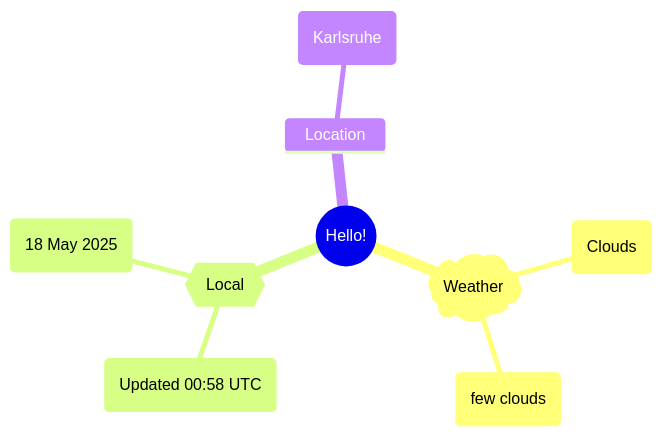
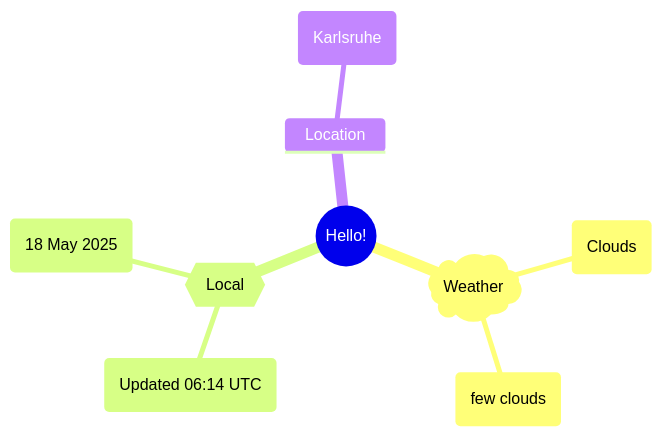
Before and after one commit to Xosrov/Xosrov: the first of 2 diagrams in README.md, drawn with Mermaid.

Commit message:
[bot] updated images

````diff
--- a/README.md
+++ b/README.md
@@ -3,12 +3,12 @@
 ```mermaid
 mindmap
   root((Hello!))
     )Weather(
         (Clouds)
         (few clouds)
     {{Local}}
-        (Updated 00:58 UTC)
+        (Updated 06:14 UTC)
         (18 May 2025)
     Location
         (Karlsruhe)
 ```
````
